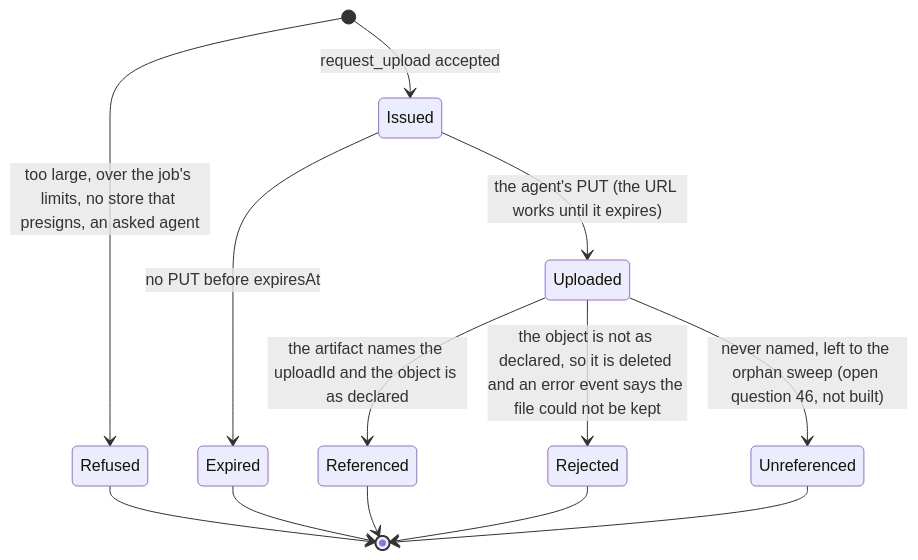
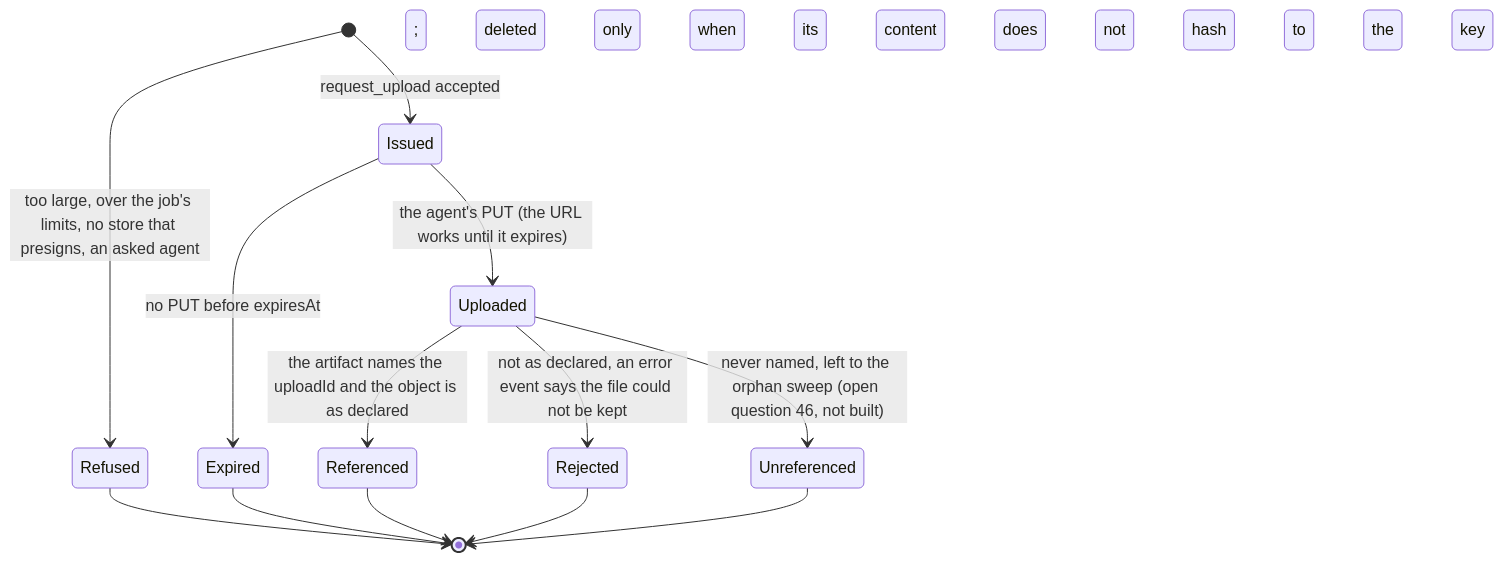
One commit to vymalo/another-agentic-system changed the second of 2 diagrams in docs/api/uploads-v1.md. Above: the diagram before and after it, drawn with Mermaid. The commit also changed other lines of this file and 8 other files, not shown here.

````diff
--- a/docs/api/uploads-v1.md
+++ b/docs/api/uploads-v1.md
@@ -55,15 +58,15 @@
 ```mermaid
 stateDiagram-v2
   [*] --> Refused: too large, over the job's limits, no store that presigns, an asked agent
   [*] --> Issued: request_upload accepted
   Issued --> Uploaded: the agent's PUT (the URL works until it expires)
   Issued --> Expired: no PUT before expiresAt
   Uploaded --> Referenced: the artifact names the uploadId and the object is as declared
-  Uploaded --> Rejected: the object is not as declared, so it is deleted and an error event says the file could not be kept
+  Uploaded --> Rejected: not as declared, an error event says the file could not be kept; deleted only when its content does not hash to the key
   Uploaded --> Unreferenced: never named, left to the orphan sweep (open question 46, not built)
   Refused --> [*]
   Expired --> [*]
   Referenced --> [*]
   Rejected --> [*]
   Unreferenced --> [*]
 ```
````
